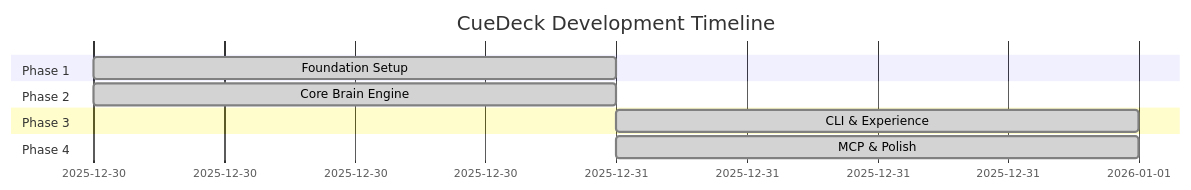
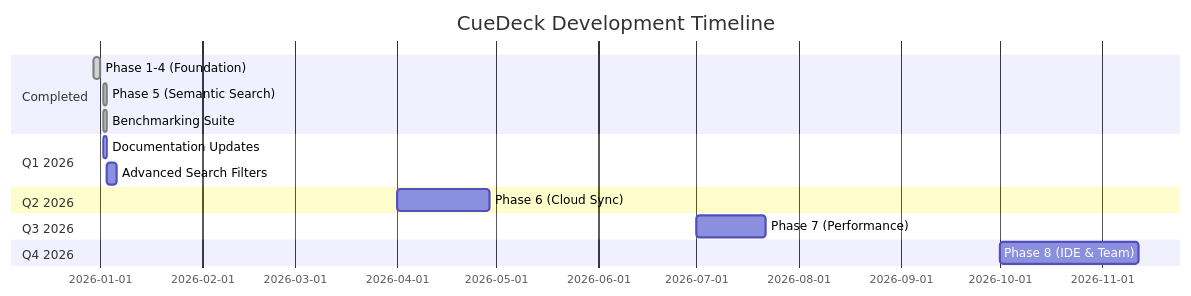
Before and after one commit to TCTri205/CueDeck: the diagram in docs/01_general/ROADMAP.md, drawn with Mermaid. The commit also changed other lines of this file and 2 other files, not shown here.

Commit message:
docs: cáº­p nháº­t roadmap vá»›i Phase 5-8 vĂ  ADR-006, ADR-007

````diff
--- a/docs/01_general/ROADMAP.md
+++ b/docs/01_general/ROADMAP.md
@@ -8,13 +10,18 @@
 ```mermaid
 gantt
     title CueDeck Development Timeline
     dateFormat  YYYY-MM-DD
-    section Phase 1
-    Foundation Setup           :done, p1, 2025-12-30, 1d
-    section Phase 2
-    Core Brain Engine          :done, p2, 2025-12-30, 1d
-    section Phase 3
-    CLI & Experience           :done, p3, 2025-12-31, 1d
-    section Phase 4
-    MCP & Polish               :done, p4, 2025-12-31, 1d
+    section Completed
+    Phase 1-4 (Foundation)     :done, p1, 2025-12-30, 2d
+    Phase 5 (Semantic Search)  :done, p5, 2026-01-02, 1d
+    Benchmarking Suite         :done, b1, 2026-01-02, 1d
+    section Q1 2026
+    Documentation Updates      :active, d1, 2026-01-02, 1d
+    Advanced Search Filters    :q1, after d1, 3d
+    section Q2 2026
+    Phase 6 (Cloud Sync)       :p6, 2026-04-01, 4w
+    section Q3 2026
+    Phase 7 (Performance)      :p7, 2026-07-01, 3w
+    section Q4 2026
+    Phase 8 (IDE & Team)       :p8, 2026-10-01, 6w
 ```
````
